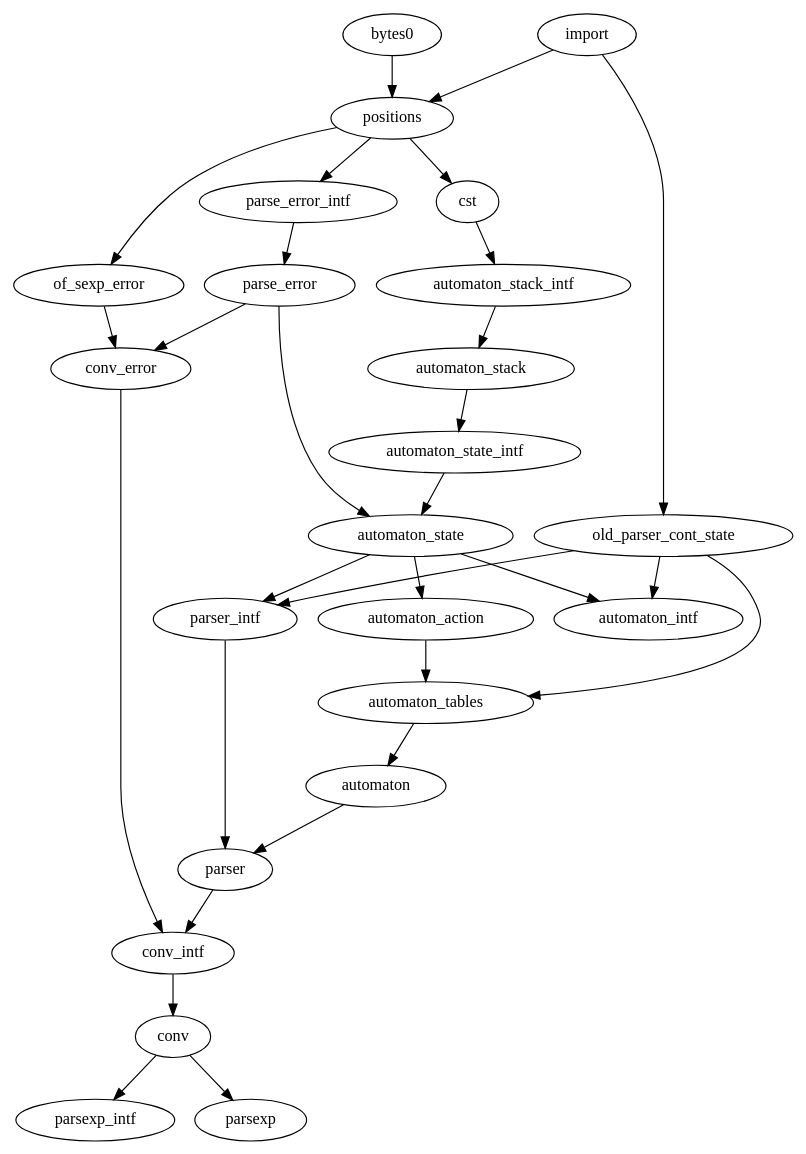
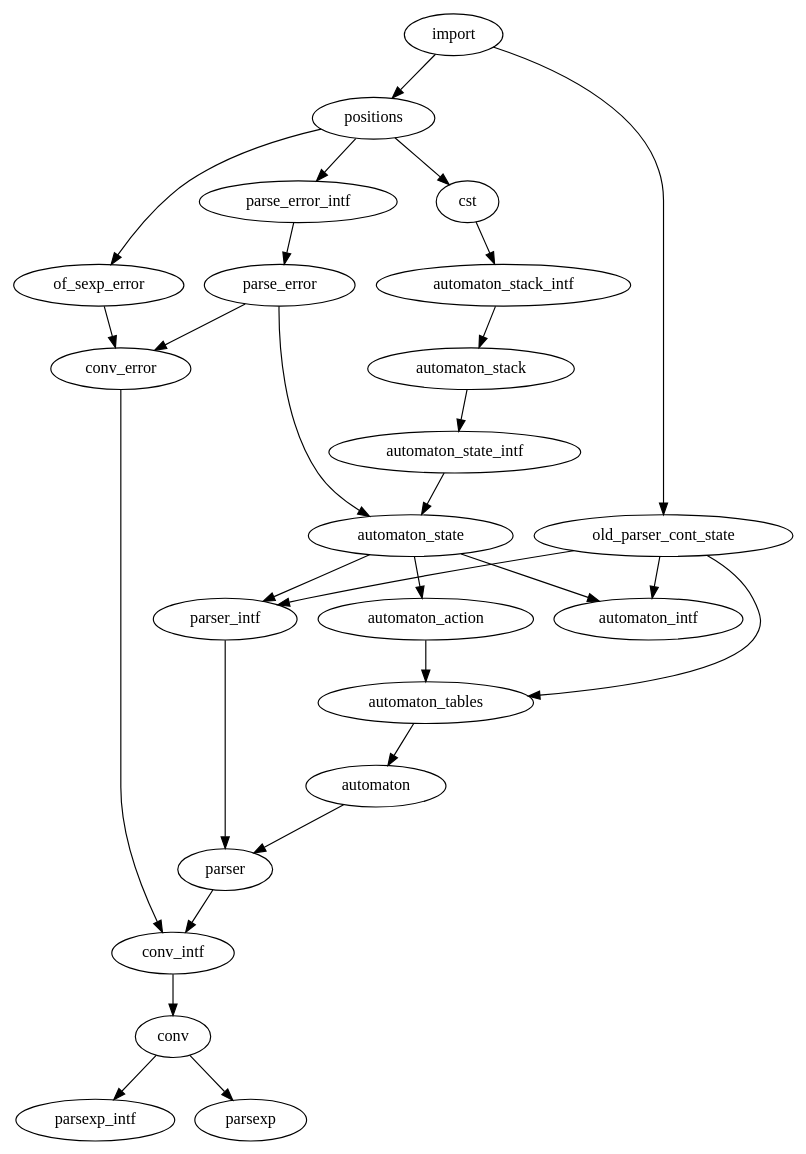
Before and after one commit to janestreet/parsexp: the diagram in src/dependencies.dot, drawn with Graphviz. The commit also changed 16 other files, not shown here.

```diff
--- a/src/dependencies.dot
+++ b/src/dependencies.dot
@@ -1,31 +1,30 @@
 digraph {
 	conv -> parsexp_intf;
 	conv -> parsexp;
 	conv_error -> conv_intf;
 	positions -> of_sexp_error;
 	positions -> parse_error_intf;
 	positions -> cst;
 	automaton_state -> parser_intf;
 	automaton_state -> automaton_intf;
 	automaton_state -> automaton_action;
 	parse_error -> conv_error;
 	parse_error -> automaton_state;
 	automaton -> parser;
 	import -> old_parser_cont_state;
 	import -> positions;
 	cst -> automaton_stack_intf;
 	of_sexp_error -> conv_error;
 	parser -> conv_intf;
 	old_parser_cont_state -> automaton_tables;
 	old_parser_cont_state -> parser_intf;
 	old_parser_cont_state -> automaton_intf;
 	parser_intf -> parser;
 	automaton_stack -> automaton_state_intf;
 	automaton_stack_intf -> automaton_stack;
 	automaton_action -> automaton_tables;
 	automaton_tables -> automaton;
 	conv_intf -> conv;
 	parse_error_intf -> parse_error;
 	automaton_state_intf -> automaton_state;
-	bytes0 -> positions;
 }
```
